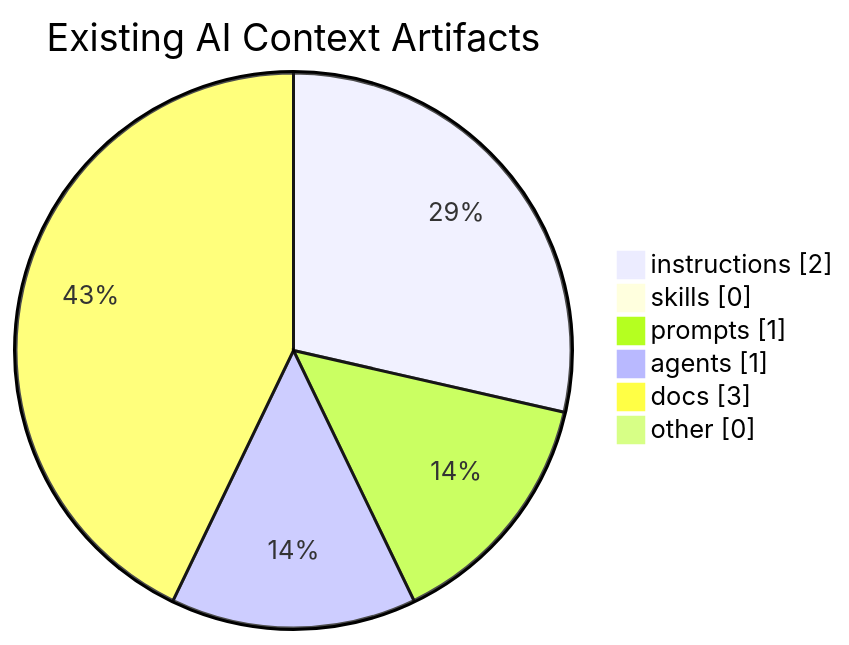
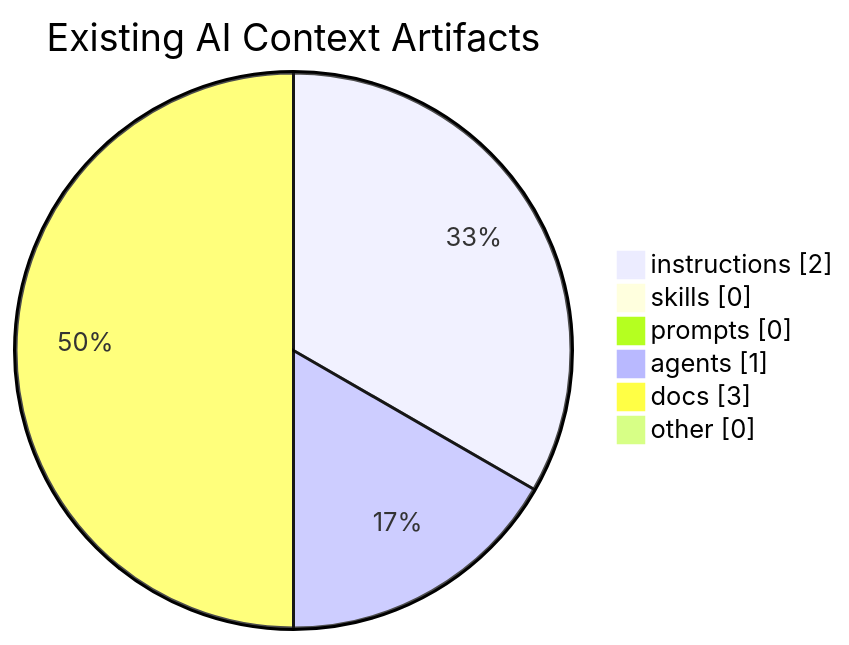
The diagram in .github/ai-os/context/existing-ai-context.md (marinvch/Cortex), drawn with Mermaid before and after one commit. The commit also changed other lines of this file and 48 other files, not shown here.

````diff
--- a/.github/ai-os/context/existing-ai-context.md
+++ b/.github/ai-os/context/existing-ai-context.md
@@ -45,10 +44,10 @@
 ```mermaid
 pie showData
   title Existing AI Context Artifacts
   "instructions" : 2
   "skills" : 0
-  "prompts" : 1
+  "prompts" : 0
   "agents" : 1
   "docs" : 3
   "other" : 0
 ```
````
